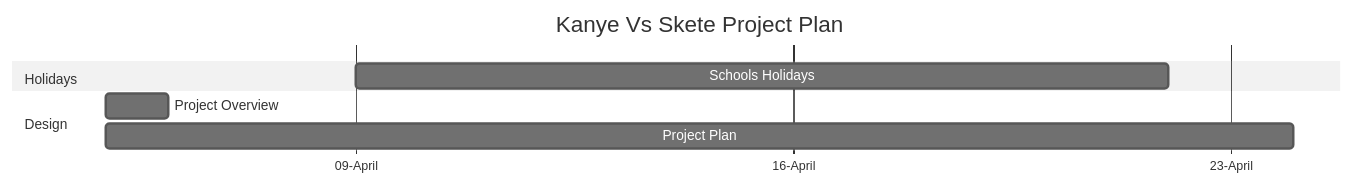
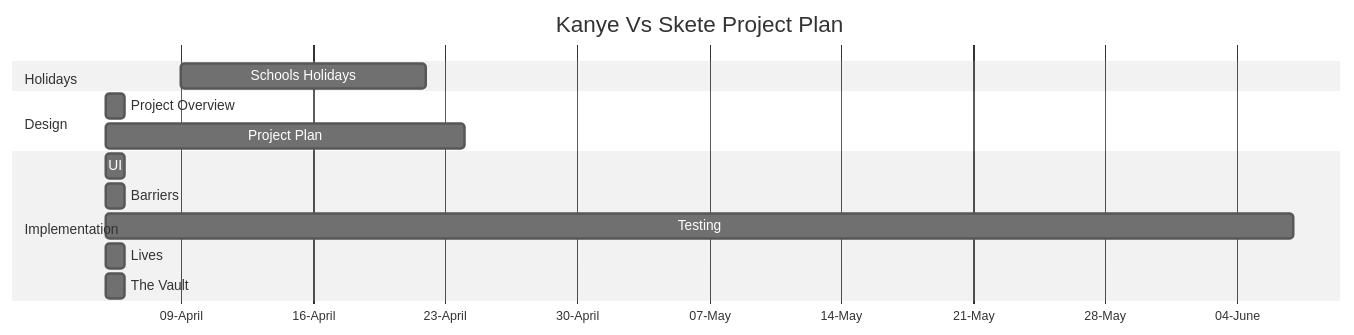
Before and after one commit to LERKTryzee/SDF-Space-Invaders: the diagram in design.md, drawn with Mermaid (neutral theme).

````diff
--- a/design.md
+++ b/design.md
@@ -27,15 +27,22 @@
 ```mermaid
 gantt
     title Kanye Vs Skete Project Plan
     dateFormat DD-MM-YY
     axisFormat %d-%B
     tickInterval 1week
 
     section Holidays
     Schools Holidays: 09-04-23, 22-04-23
 
     section Design
     Project Overview:05-04-23, 1d
     Project Plan: 05-04-23, 24-04-23
 
+
+    Section Implementation
+    UI:05-04-23, 1d
+    Barriers:05-04-23, 1d
+    Testing:05-04-23, 07-06-23
+    Lives:05-04-23, 1d
+    The Vault:05-04-23, 1d
 ```
````
